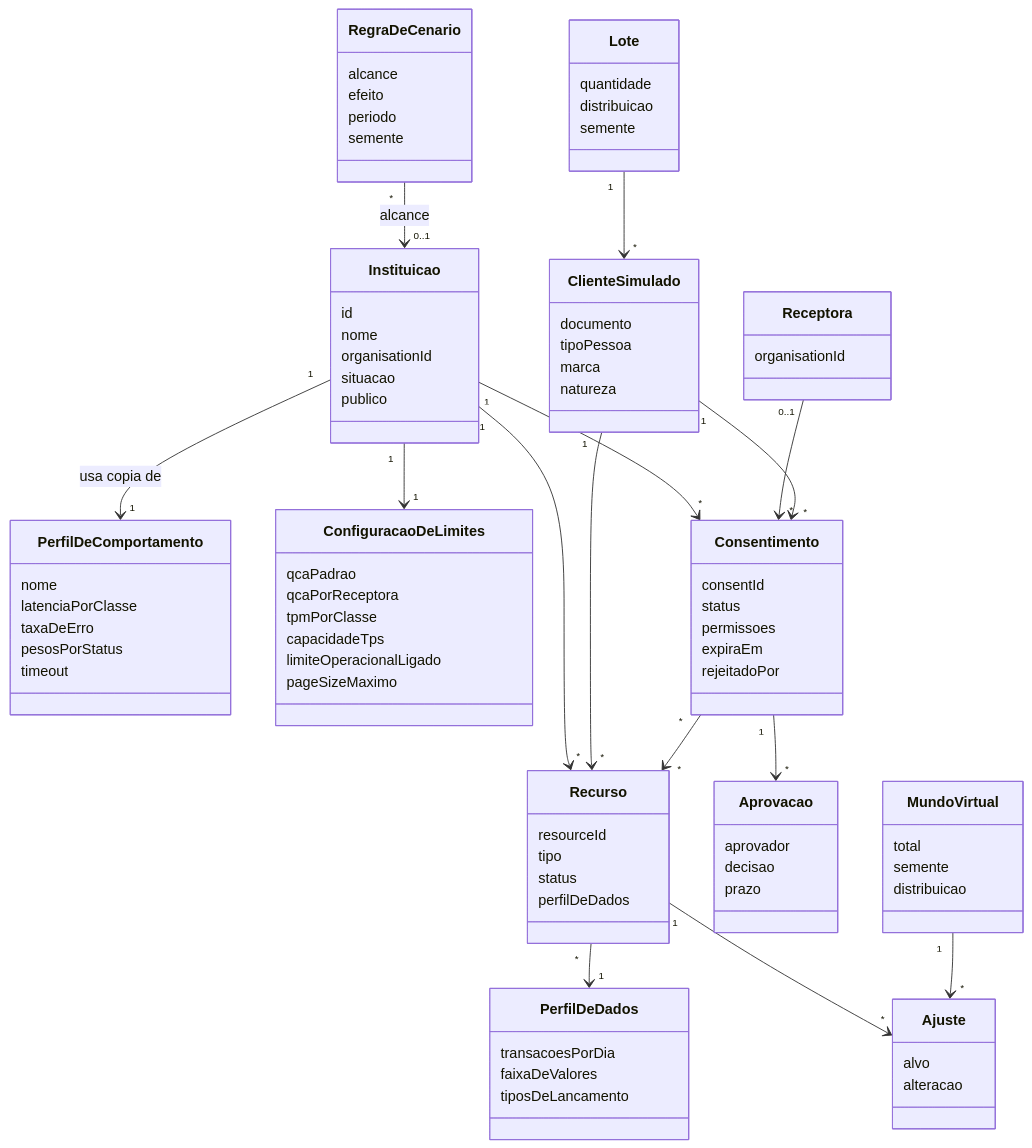
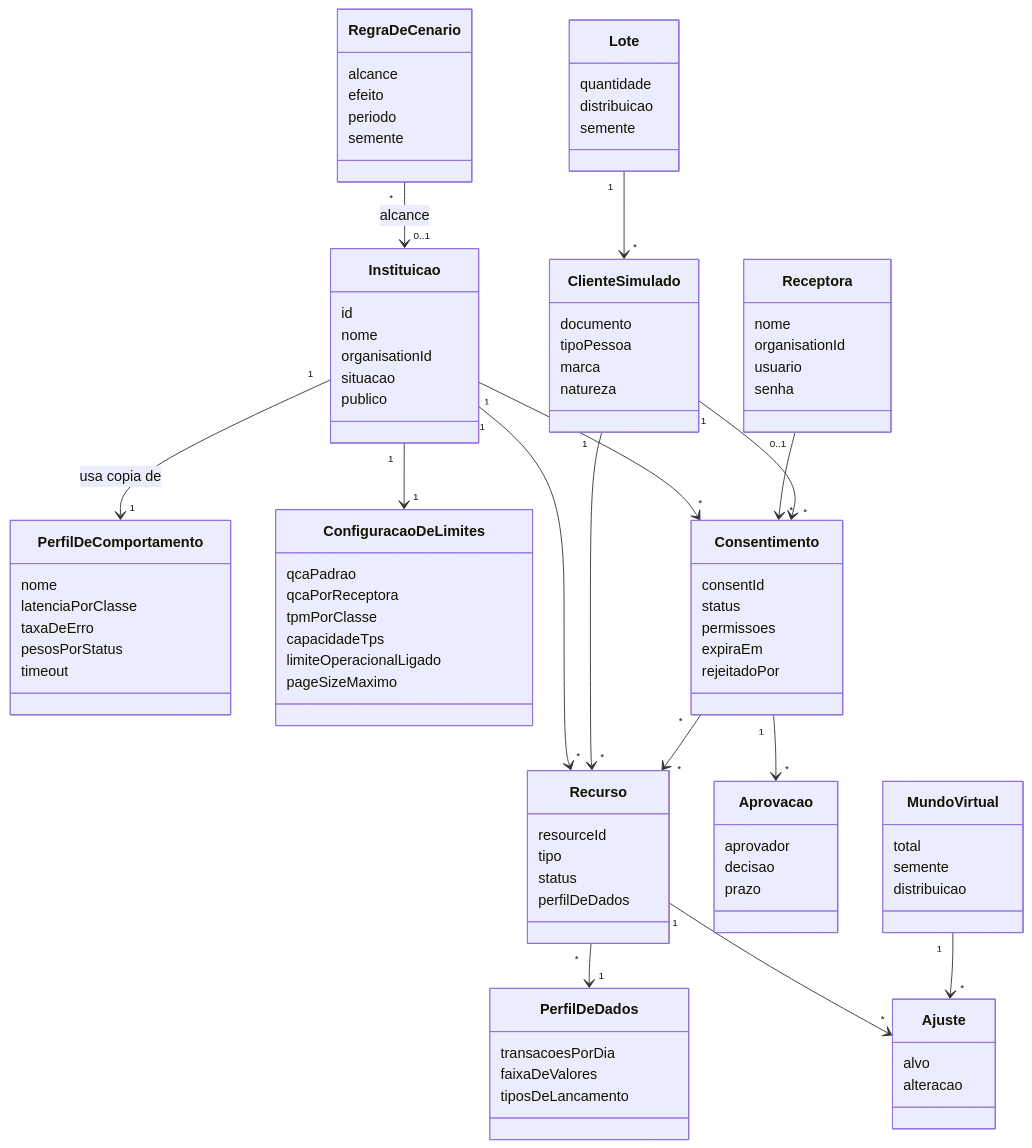
The first of 3 diagrams in docs/03-design/classes/modelo-de-dominio.md (marcelosotto/open-finance-simulator), drawn with Mermaid before and after one commit. The commit also changed 8 other files, not shown here.

```diff
--- a/docs/03-design/classes/modelo-de-dominio.md
+++ b/docs/03-design/classes/modelo-de-dominio.md
@@ -27,7 +27,10 @@
     pageSizeMaximo
   }
   class Receptora {
+    nome
     organisationId
+    usuario
+    senha
   }
   class ClienteSimulado {
     documento
```
